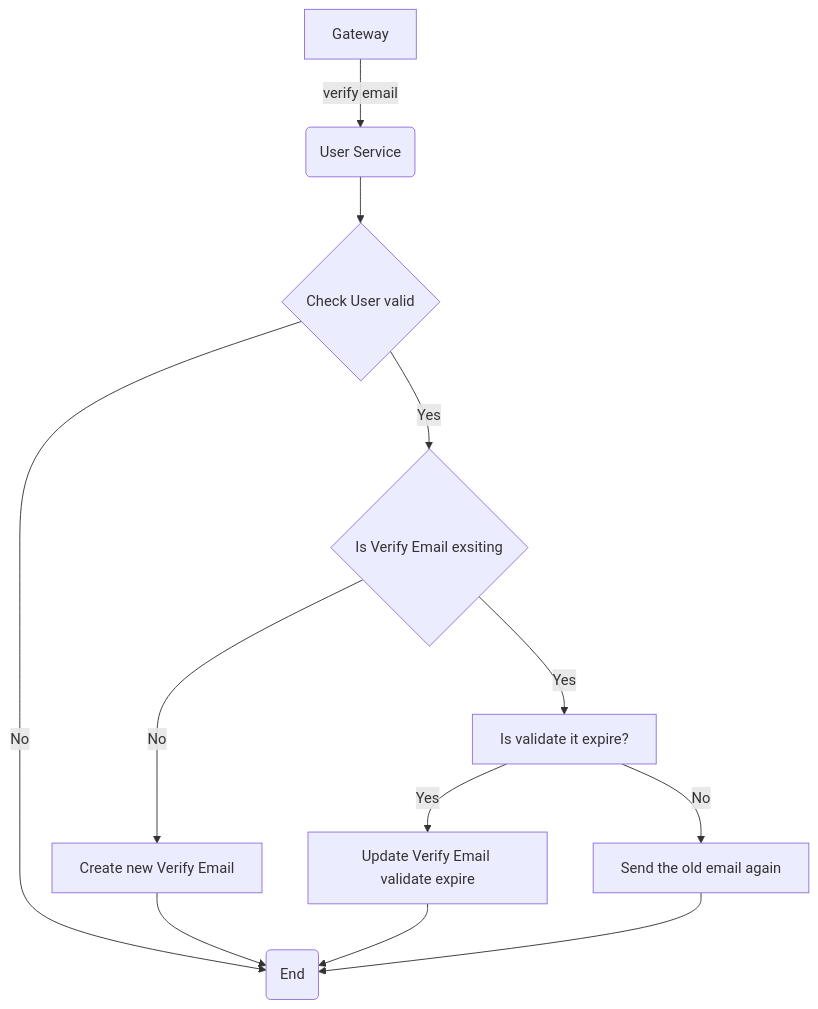
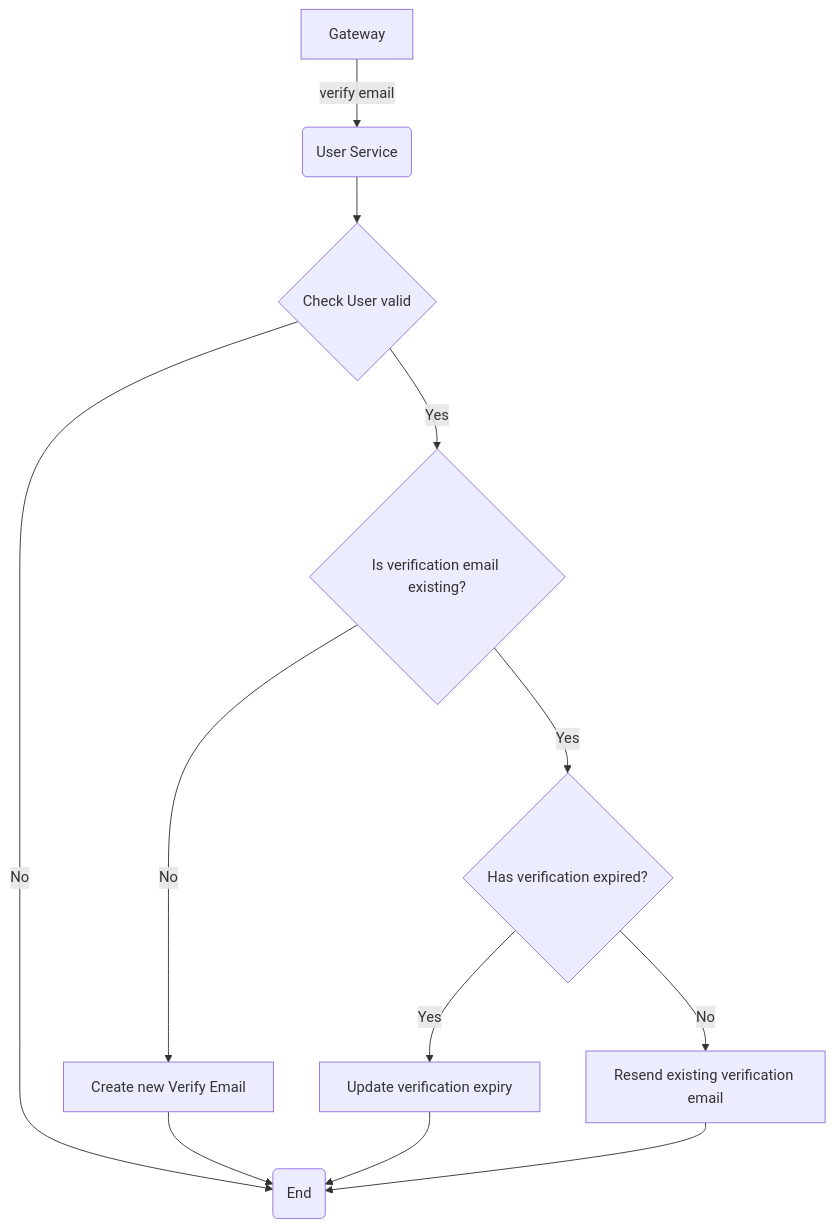
One commit to tranlehaiquan/task-management changed the diagram in docs/flowcharts.md. Above: the diagram before and after it, drawn with Mermaid. The commit also changed 3 other files, not shown here.

Commit message:
fix: update SMTP configuration in environment file; correct flowchart descriptions and improve mail service initialization

````diff
--- a/docs/flowcharts.md
+++ b/docs/flowcharts.md
@@ -1,15 +1,15 @@
 ```mermaid
 flowchart TD
     A[Gateway] -->|verify email| B(User Service)
     B --> C{Check User valid}
     C -->|No| End(End)
-    C -->|Yes| D{Is Verify Email exsiting}
+    C -->|Yes| D{Is verification email existing?}
     D -->|No| F[Create new Verify Email]
     F --> End
 
-    D -->|Yes| E[Is validate it expire?]
-    E -->|No| G[Send the old email again]
-    E -->|Yes| H[Update Verify Email validate expire]
+    D -->|Yes| E{Has verification expired?}
+    E -->|No| G[Resend existing verification email]
+    E -->|Yes| H[Update verification expiry]
     H --> End
     G --> End
 ```
````
